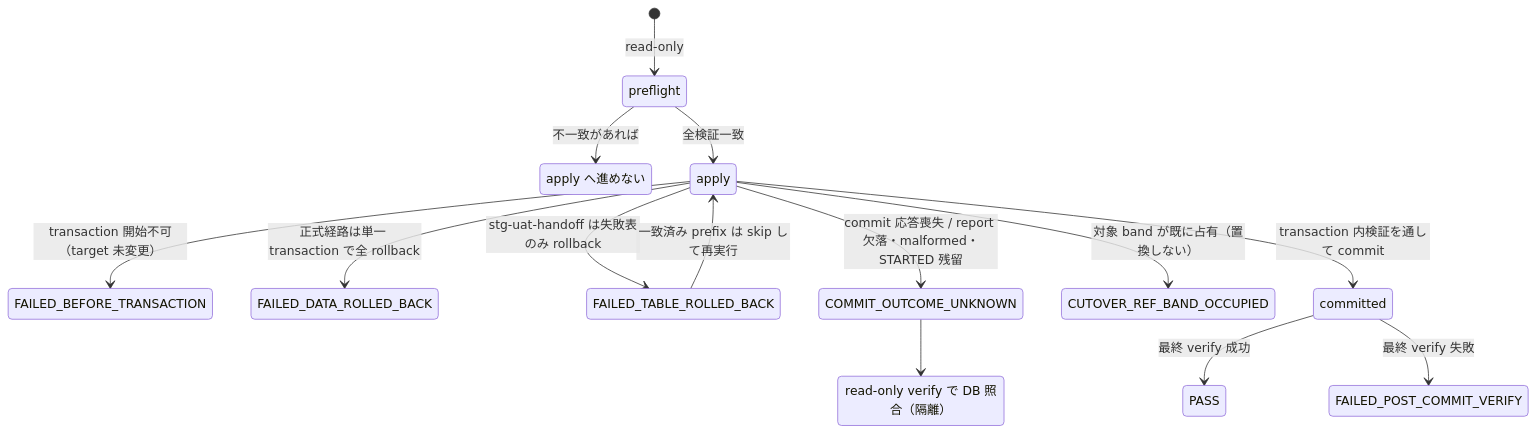
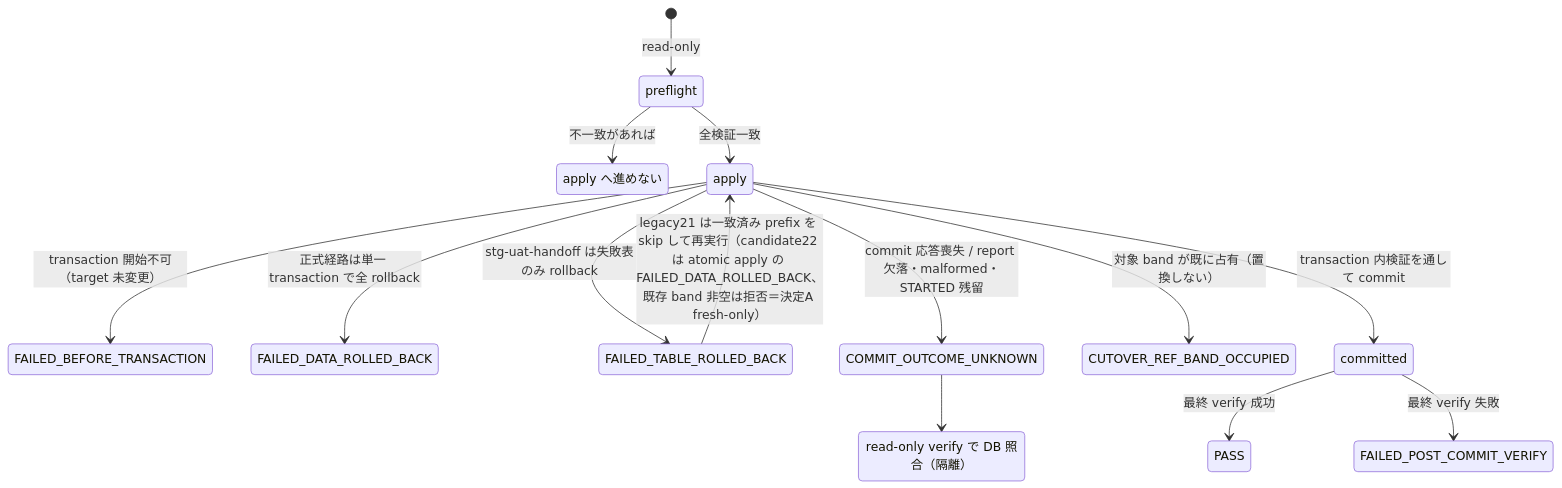
The diagram in docs/ops/deploy/seeds/CLINIC_CSV_IMPORT.md (MinoruSoga/AnimalEkarte), drawn with Mermaid before and after one commit. The commit also changed other lines of this file and 47 other files, not shown here.

````diff
--- a/docs/ops/deploy/seeds/CLINIC_CSV_IMPORT.md
+++ b/docs/ops/deploy/seeds/CLINIC_CSV_IMPORT.md
@@ -172,18 +205,18 @@
 ```mermaid
 stateDiagram-v2
   [*] --> preflight: read-only
   state "apply へ進めない" as blocked
   state "read-only verify で DB 照合（隔離）" as verify
   preflight --> blocked: 不一致があれば
   preflight --> apply: 全検証一致
   apply --> FAILED_BEFORE_TRANSACTION: transaction 開始不可（target 未変更）
   apply --> FAILED_DATA_ROLLED_BACK: 正式経路は単一 transaction で全 rollback
   apply --> FAILED_TABLE_ROLLED_BACK: stg-uat-handoff は失敗表のみ rollback
   apply --> COMMIT_OUTCOME_UNKNOWN: commit 応答喪失 / report 欠落・malformed・STARTED 残留
   apply --> CUTOVER_REF_BAND_OCCUPIED: 対象 band が既に占有（置換しない）
   apply --> committed: transaction 内検証を通して commit
   committed --> PASS: 最終 verify 成功
   committed --> FAILED_POST_COMMIT_VERIFY: 最終 verify 失敗
   COMMIT_OUTCOME_UNKNOWN --> verify
-  FAILED_TABLE_ROLLED_BACK --> apply: 一致済み prefix は skip して再実行
+  FAILED_TABLE_ROLLED_BACK --> apply: legacy21 は一致済み prefix を skip して再実行（candidate22 は atomic apply の FAILED_DATA_ROLLED_BACK、既存 band 非空は拒否＝決定A fresh-only）
 ```
````
